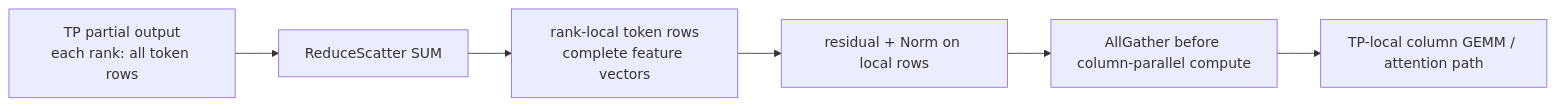
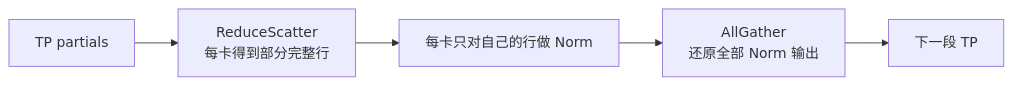
The fourth of 6 diagrams in learning/zh/ai-infra-basic/Parallel_Strategy/02-sp-versus-context-parallelism.md (cl-vv-h/SGLang_Tutor), drawn with Mermaid before and after one commit. The commit also changed other lines of this file and 5 other files, not shown here.

````diff
--- a/learning/zh/ai-infra-basic/Parallel_Strategy/02-sp-versus-context-parallelism.md
+++ b/learning/zh/ai-infra-basic/Parallel_Strategy/02-sp-versus-context-parallelism.md
@@ -39,8 +298,7 @@
 ```mermaid
 flowchart LR
-    P["TP partial output<br/>each rank: all token rows"] --> RS["ReduceScatter SUM"]
-    RS --> S["rank-local token rows<br/>complete feature vectors"]
-    S --> N["residual + Norm on local rows"]
-    N --> AG["AllGather before column-parallel compute"]
-    AG --> G["TP-local column GEMM / attention path"]
+    P["TP partials"] --> R["ReduceScatter<br/>每卡得到部分完整行"]
+    R --> N["每卡只对自己的行做 Norm"]
+    N --> A["AllGather<br/>还原全部 Norm 输出"]
+    A --> L["下一段 TP"]
 ```
````
